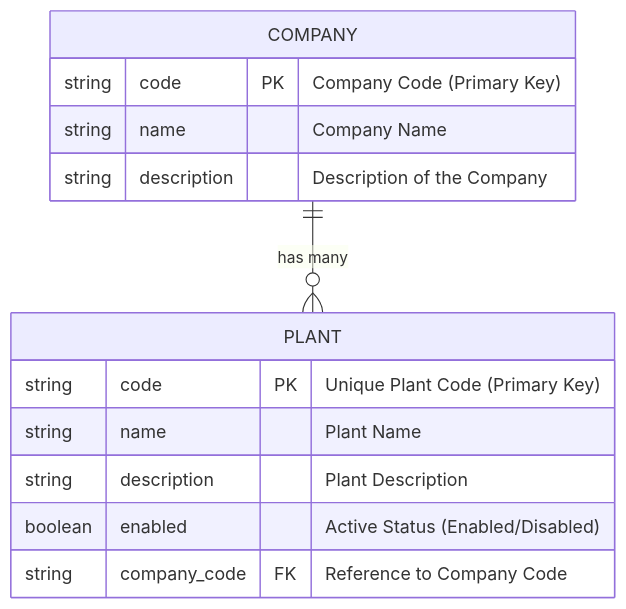
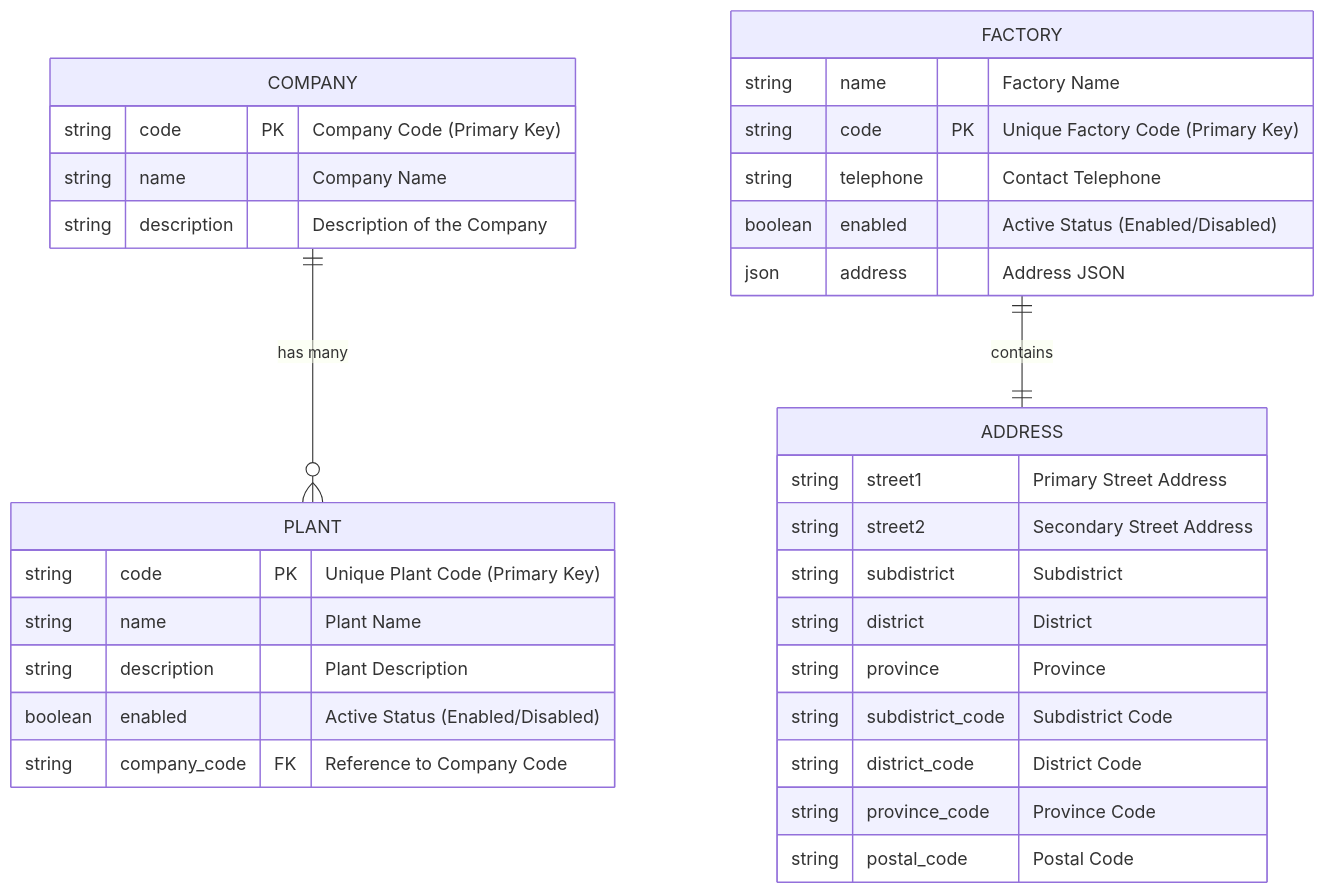
One commit to boonlertChin/ff-2u-mermaid-doc changed the diagram in entities.md. Above: the diagram before and after it, drawn with Mermaid. The commit also changed other lines of this file, not shown here.

Commit message:
add factory entity

````diff
--- a/entities.md
+++ b/entities.md
@@ -2,18 +2,40 @@
 ```mermaid
 erDiagram
     COMPANY {
         string code PK "Company Code (Primary Key)"
         string name "Company Name"
         string description "Description of the Company"
     }
     
     PLANT {
         string code PK "Unique Plant Code (Primary Key)"
         string name "Plant Name"
         string description "Plant Description"
         boolean enabled "Active Status (Enabled/Disabled)"
         string company_code FK "Reference to Company Code"
     }
 
     COMPANY ||--o{ PLANT: "has many"
+
+    FACTORY {
+        string name "Factory Name"
+        string code PK "Unique Factory Code (Primary Key)"
+        string telephone "Contact Telephone"
+        boolean enabled "Active Status (Enabled/Disabled)"
+        json address "Address JSON"
+    }
+
+    ADDRESS {
+        string street1 "Primary Street Address"
+        string street2 "Secondary Street Address"
+        string subdistrict "Subdistrict"
+        string district "District"
+        string province "Province"
+        string subdistrict_code "Subdistrict Code"
+        string district_code "District Code"
+        string province_code "Province Code"
+        string postal_code "Postal Code"
+    }
+
+    FACTORY ||--|| ADDRESS: "contains"
 ```
````
